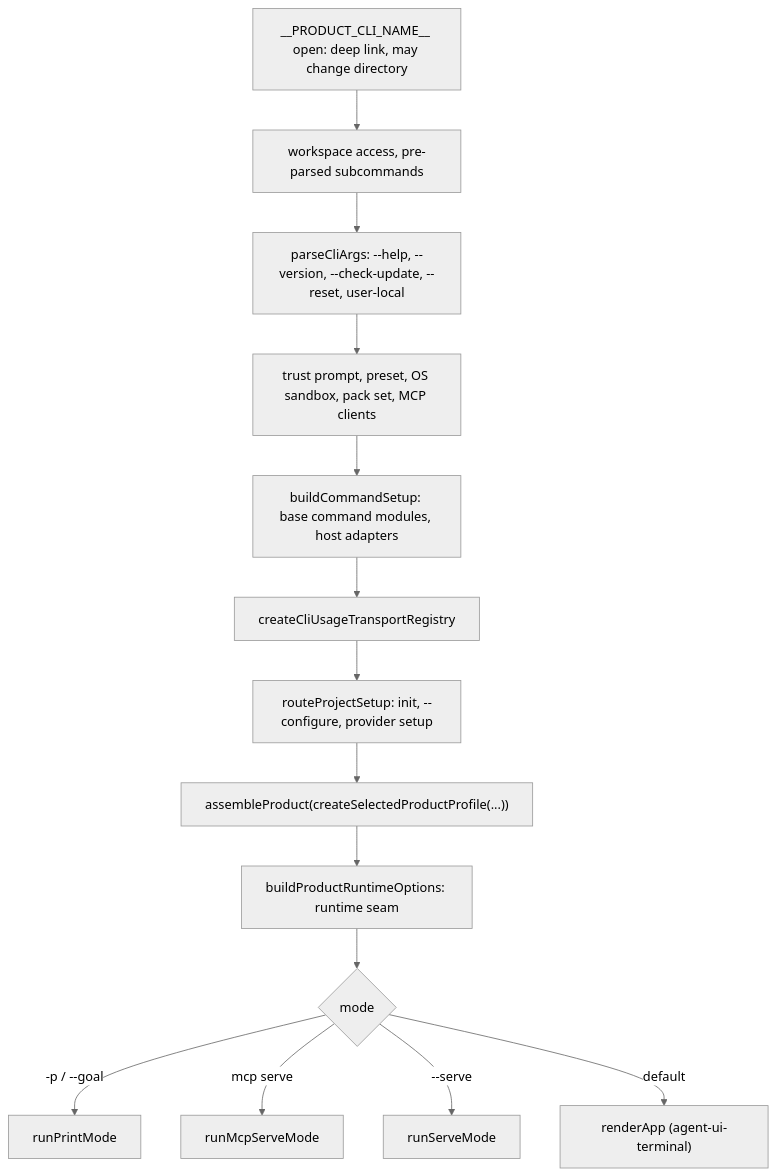
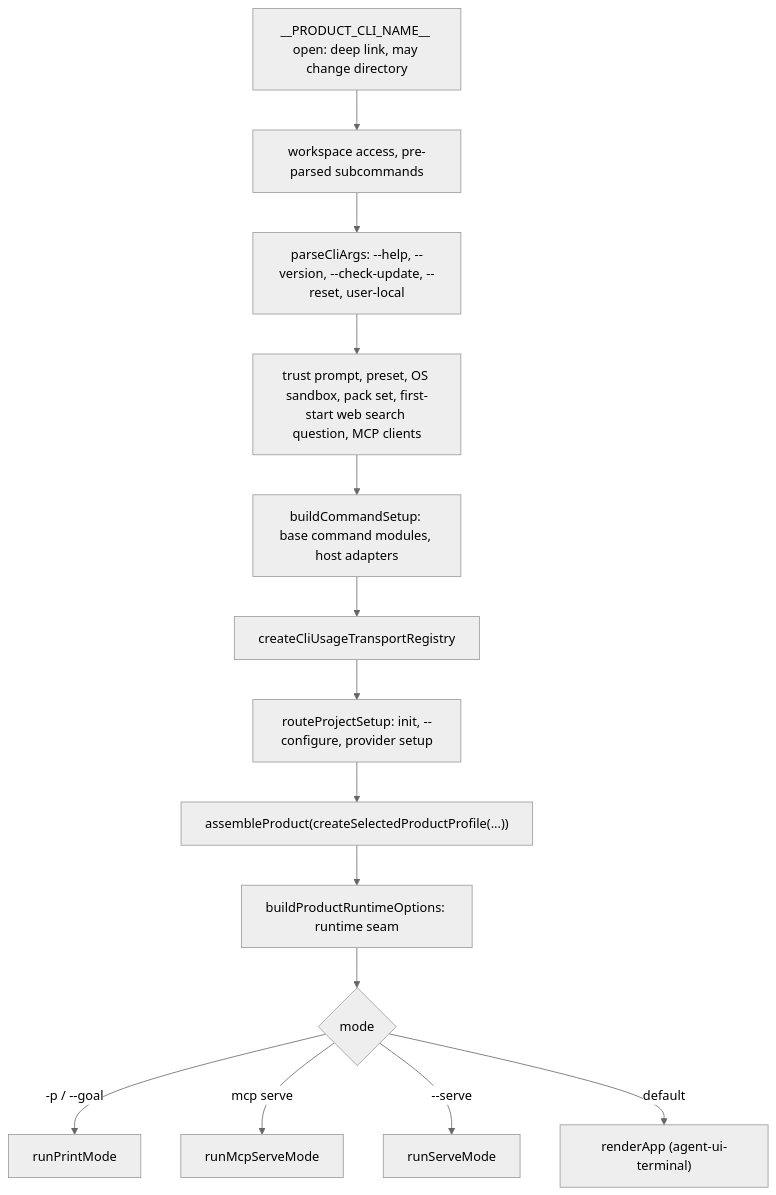
One commit to woojubb/robota changed the diagram in packages/agent-cli/docs/design/composition.md. Above: the diagram before and after it, drawn with Mermaid (neutral theme). The commit also changed other lines of this file and 10 other files, not shown here.

First line of the commit message:
docs(cli): describe web search, `mcp add` and the first-start question

````diff
--- a/packages/agent-cli/docs/design/composition.md
+++ b/packages/agent-cli/docs/design/composition.md
@@ -65,16 +65,16 @@
 ```mermaid
 flowchart TD
     A["__PRODUCT_CLI_NAME__ open: deep link, may change directory"] --> B["workspace access, pre-parsed subcommands"]
     B --> C["parseCliArgs: --help, --version, --check-update, --reset, user-local"]
-    C --> D["trust prompt, preset, OS sandbox, pack set, MCP clients"]
+    C --> D["trust prompt, preset, OS sandbox, pack set, first-start web search question, MCP clients"]
     D --> E["buildCommandSetup: base command modules, host adapters"]
     E --> F["createCliUsageTransportRegistry"]
     F --> G["routeProjectSetup: init, --configure, provider setup"]
     G --> H["assembleProduct(createSelectedProductProfile(...))"]
     H --> I["buildProductRuntimeOptions: runtime seam"]
     I --> J{mode}
     J -->|"-p / --goal"| K["runPrintMode"]
     J -->|"mcp serve"| L["runMcpServeMode"]
     J -->|"--serve"| M["runServeMode"]
     J -->|default| N["renderApp (agent-ui-terminal)"]
 ```
````
